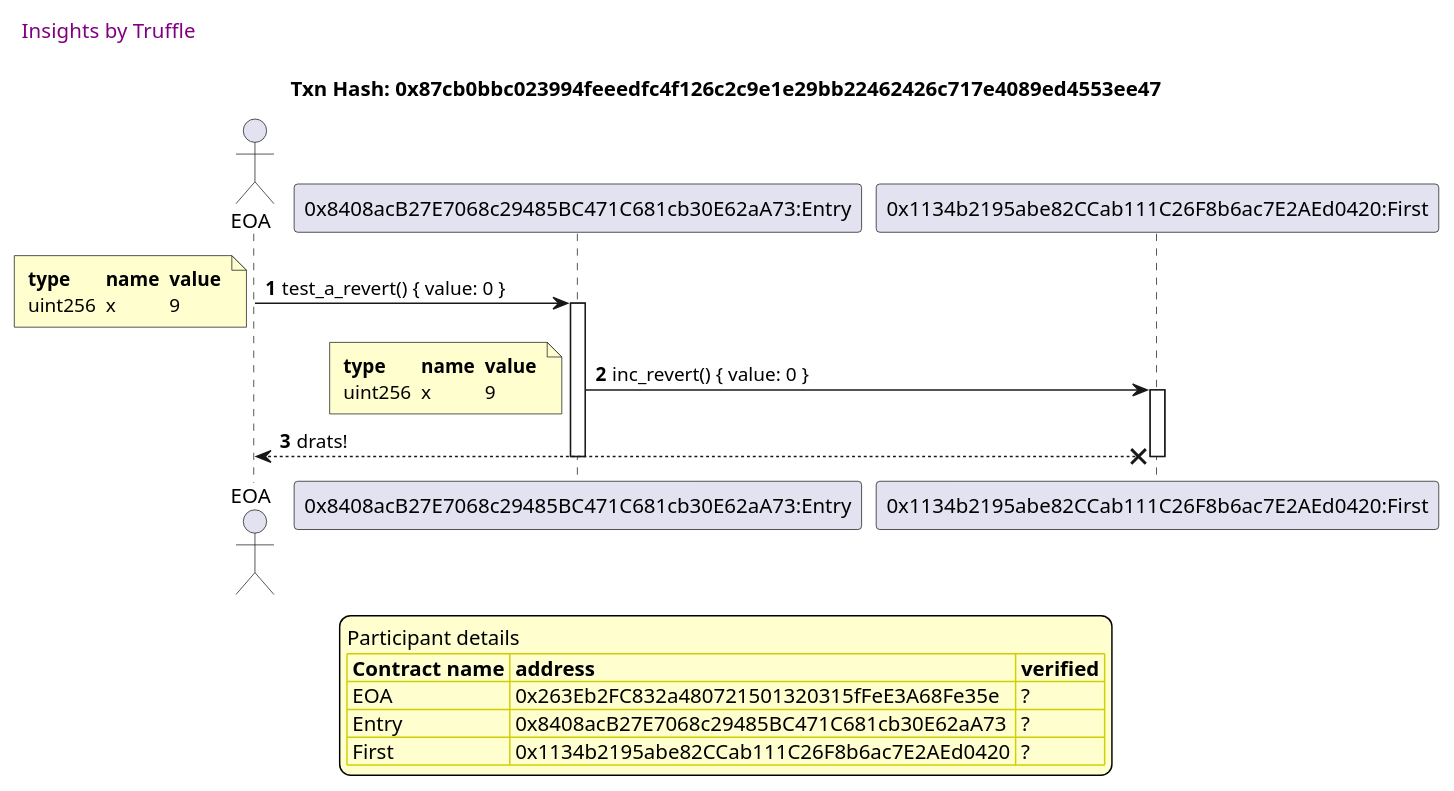
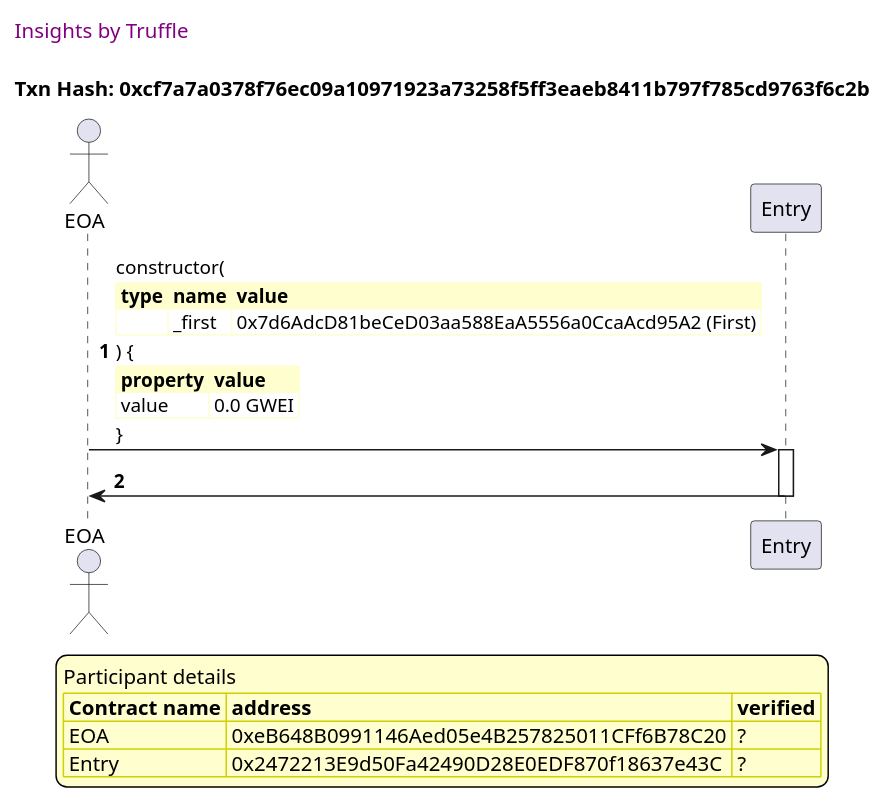
Before and after one commit to trufflesuite/txlog-seedlings: the third of 3 diagrams in truffle-seq/basics.md, drawn with PlantUML. The commit also changed other lines of this file and 5 other files, not shown here.

````diff
--- a/truffle-seq/basics.md
+++ b/truffle-seq/basics.md
@@ -207,56 +118,48 @@
 ```plantuml
+
+
 @startuml
 
 autonumber
-
 skinparam legendBackgroundColor #FEFECE
 
 <style>
-
-header {
-  HorizontalAlignment left
-  FontColor purple
-  FontSize 14
-  Padding 10
-}
-
-</style>
-
+      header {
+        HorizontalAlignment left
+        FontColor purple
+        FontSize 14
+        Padding 10
+      }
+    </style>
 
 header Insights by Truffle
 
-title Txn Hash: 0x87cb0bbc023994feeedfc4f126c2c9e1e29bb22462426c717e4089ed4553ee47
+title Txn Hash: 0xcf7a7a0378f76ec09a10971923a73258f5ff3eaeb8411b797f785cd9763f6c2b
+
 
 actor EOA as "EOA"
-participant Entry_01 as "0x8408acB27E7068c29485BC471C681cb30E62aA73:Entry"
-participant First_01 as "0x1134b2195abe82CCab111C26F8b6ac7E2AEd0420:First"
 
-EOA -> Entry_01 ++: test_a_revert() { value: 0 }
-note left #FEFECE
-<#FEFECE,#FEFECE>|= type |= name |= value |
-| uint256 | x | 9 |
-end note
+participant Entry as "Entry"
 
-Entry_01 -> First_01 ++: inc_revert() { value: 0 }
-note left #FEFECE
-<#FEFECE,#FEFECE>|= type |= name |= value |
-| uint256 | x | 9 |
-end note
+"EOA" -> "Entry" ++: constructor(\n\
+<#FEFECE,#FEFECE>|= type |= name |= value |\n\
+|  | _first | 0x7d6AdcD81beCeD03aa588EaA5556a0CcaAcd95A2 (First) |\n\
+) {\n\
+<#FEFECE,#FEFECE>|= property |= value|\n\
+| value | 0.0 GWEI |\n\
+}
 
-First_01 x--> EOA: drats!
-deactivate First_01
-deactivate Entry_01
+"Entry" -> "EOA" --: 
+
 
 
 legend
 Participant details
 <#FEFECE,#D0D000>|= Contract name |= address |= verified |
-<#FEFECE>| EOA | 0x263Eb2FC832a480721501320315fFeE3A68Fe35e | ? |
-<#FEFECE>| Entry | 0x8408acB27E7068c29485BC471C681cb30E62aA73 | ? |
-<#FEFECE>| First | 0x1134b2195abe82CCab111C26F8b6ac7E2AEd0420 | ? |
+<#FEFECE>| EOA | 0xeB648B0991146Aed05e4B257825011CFf6B78C20 | ? |
+<#FEFECE>| Entry | 0x2472213E9d50Fa42490D28E0EDF870f18637e43C | ? |
 endlegend
-
 
 
 @enduml
 ```
````
